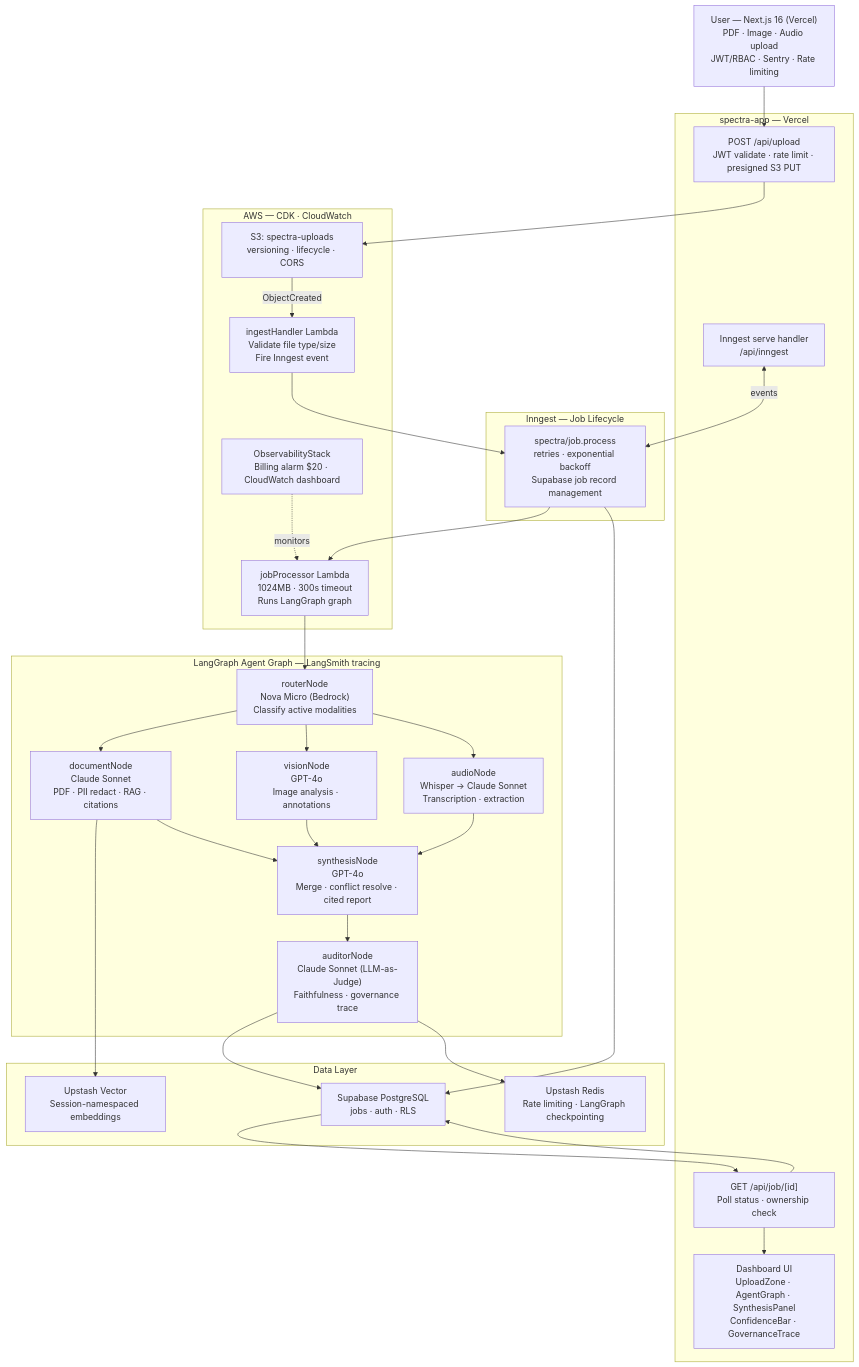
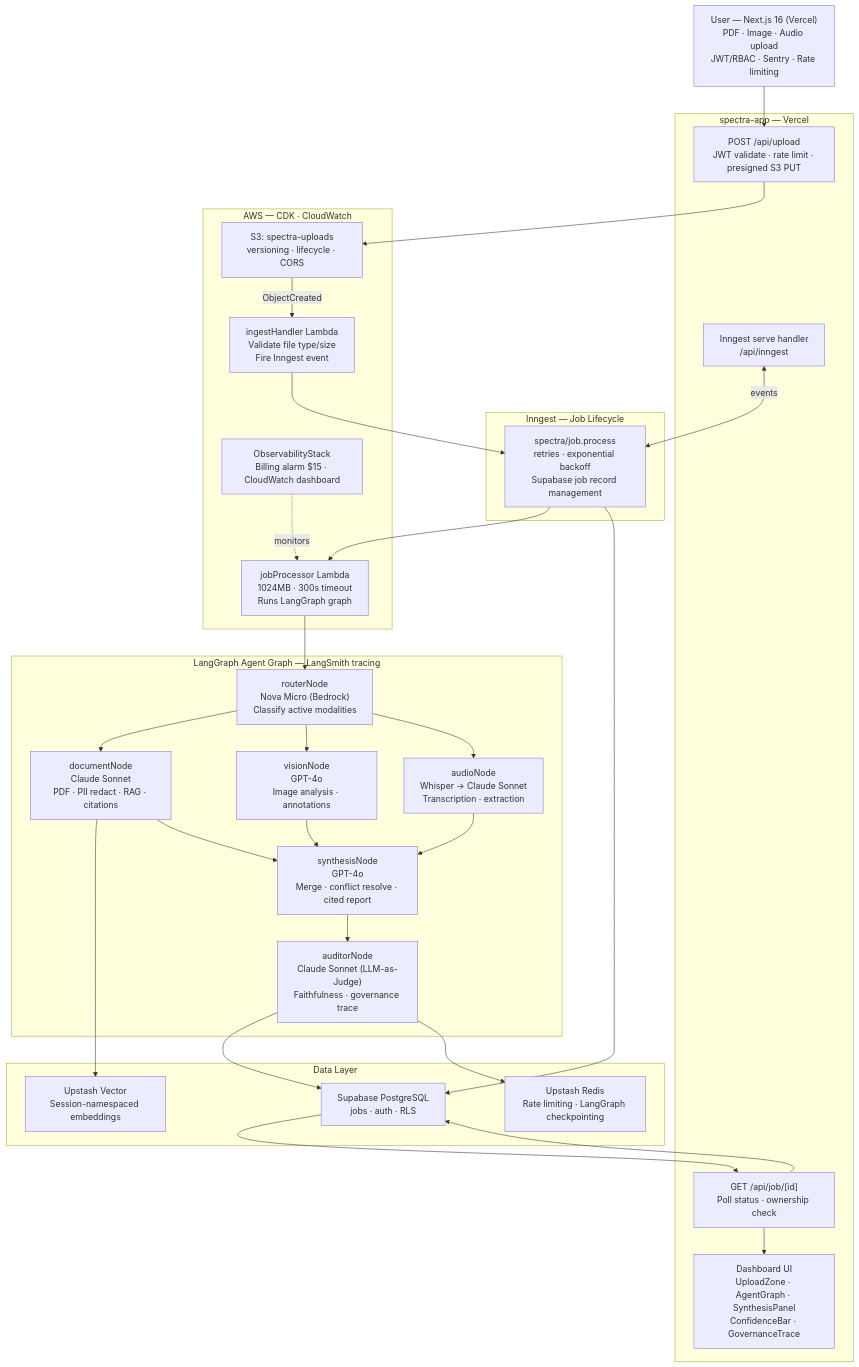
The first of 6 diagrams in ARCHITECTURE_FLOWS.md (GeorgianaAI/spectra-ai), drawn with Mermaid before and after one commit. The commit also changed other lines of this file and 5 other files, not shown here.

````diff
--- a/ARCHITECTURE_FLOWS.md
+++ b/ARCHITECTURE_FLOWS.md
@@ -36,60 +36,60 @@
 ```mermaid
 flowchart TD
     A["User — Next.js 16 (Vercel)\nPDF · Image · Audio upload\nJWT/RBAC · Sentry · Rate limiting"]
 
     subgraph FE ["spectra-app — Vercel"]
         FE1["POST /api/upload\nJWT validate · rate limit · presigned S3 PUT"]
         FE2["Inngest serve handler\n/api/inngest"]
         FE3["GET /api/job/[id]\nPoll status · ownership check"]
         FE4["Dashboard UI\nUploadZone · AgentGraph · SynthesisPanel\nConfidenceBar · GovernanceTrace"]
     end
 
     subgraph INNGEST ["Inngest — Job Lifecycle"]
         INN1["spectra/job.process\nretries · exponential backoff\nSupabase job record management"]
     end
 
     subgraph AWS ["AWS — CDK · CloudWatch"]
         S3["S3: spectra-uploads\nversioning · lifecycle · CORS"]
         INGEST["ingestHandler Lambda\nValidate file type/size\nFire Inngest event"]
         JOBPROC["jobProcessor Lambda\n1024MB · 300s timeout\nRuns LangGraph graph"]
-        OBS["ObservabilityStack\nBilling alarm $20 · CloudWatch dashboard"]
+        OBS["ObservabilityStack\nBilling alarm $15 · CloudWatch dashboard"]
     end
 
     subgraph GRAPH ["LangGraph Agent Graph — LangSmith tracing"]
         ROUTER["routerNode\nNova Micro (Bedrock)\nClassify active modalities"]
         DOC["documentNode\nClaude Sonnet\nPDF · PII redact · RAG · citations"]
         VIS["visionNode\nGPT-4o\nImage analysis · annotations"]
         AUD["audioNode\nWhisper → Claude Sonnet\nTranscription · extraction"]
         SYN["synthesisNode\nGPT-4o\nMerge · conflict resolve · cited report"]
         AUDIT["auditorNode\nClaude Sonnet (LLM-as-Judge)\nFaithfulness · governance trace"]
     end
 
     subgraph DATA ["Data Layer"]
         SUP["Supabase PostgreSQL\njobs · auth · RLS"]
         VEC["Upstash Vector\nSession-namespaced embeddings"]
         REDIS["Upstash Redis\nRate limiting · LangGraph checkpointing"]
     end
 
     A --> FE1
     FE1 --> S3
     S3 -->|ObjectCreated| INGEST
     INGEST --> INN1
     INN1 --> JOBPROC
     FE2 <-->|events| INN1
     FE3 --> SUP
 
     JOBPROC --> ROUTER
     ROUTER --> DOC & VIS & AUD
     DOC --> VEC
     DOC --> SYN
     VIS --> SYN
     AUD --> SYN
     SYN --> AUDIT
     AUDIT --> SUP
 
     INN1 --> SUP
     AUDIT --> REDIS
     OBS -.->|monitors| JOBPROC
     SUP --> FE3
     FE3 --> FE4
 ```
````
